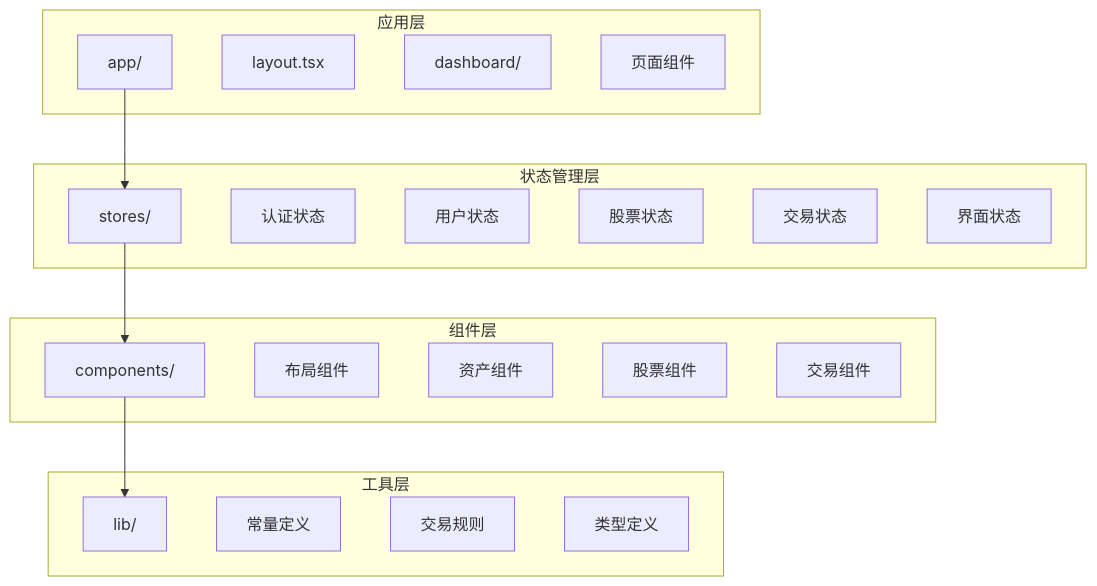
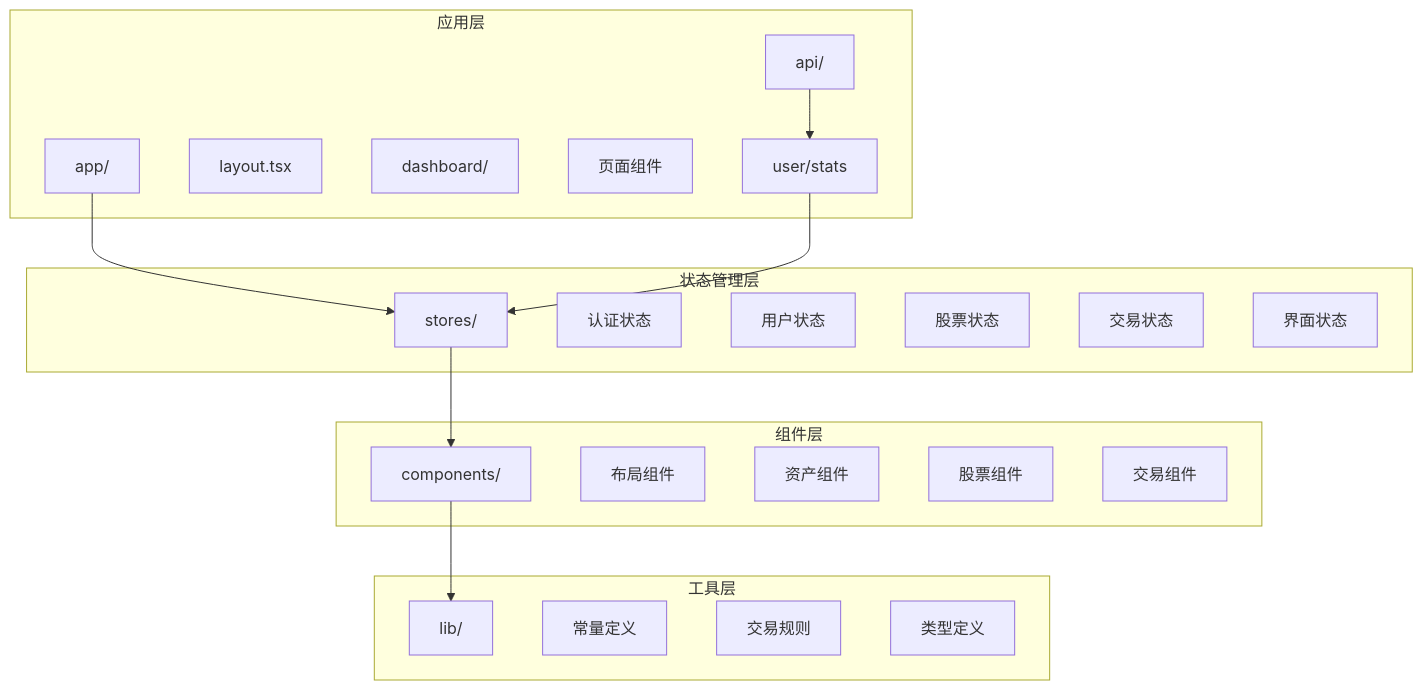
Before and after one commit to javalittleman1/virtual-stock-trading: the first of 11 diagrams in .qoder/repowiki/zh/content/架构设计/前端架构/仪表板系统.md, drawn with Mermaid. The commit also changed other lines of this file and 6 other files, not shown here.

````diff
--- a/.qoder/repowiki/zh/content/架构设计/前端架构/仪表板系统.md
+++ b/.qoder/repowiki/zh/content/架构设计/前端架构/仪表板系统.md
@@ -41,33 +54,37 @@
 ```mermaid
 graph TB
 subgraph "应用层"
 APP[app/]
 LAYOUT[layout.tsx]
 DASHBOARD[dashboard/]
 PAGES[页面组件]
+API[api/]
+STATS_API[user/stats]
 end
 subgraph "状态管理层"
 STORES[stores/]
 AUTH_STORE[认证状态]
 USER_STORE[用户状态]
 STOCK_STORE[股票状态]
 TRADE_STORE[交易状态]
 UI_STORE[界面状态]
 end
 subgraph "组件层"
 COMPONENTS[components/]
 LAYOUT_COMP[布局组件]
 PORTFOLIO_COMP[资产组件]
 STOCK_COMP[股票组件]
 TRADE_COMP[交易组件]
 end
 subgraph "工具层"
 LIB[lib/]
 CONSTANTS[常量定义]
 TRADING_RULES[交易规则]
 TYPES[类型定义]
 end
 APP --> STORES
 STORES --> COMPONENTS
 COMPONENTS --> LIB
+API --> STATS_API
+STATS_API --> STORES
 ```
````
